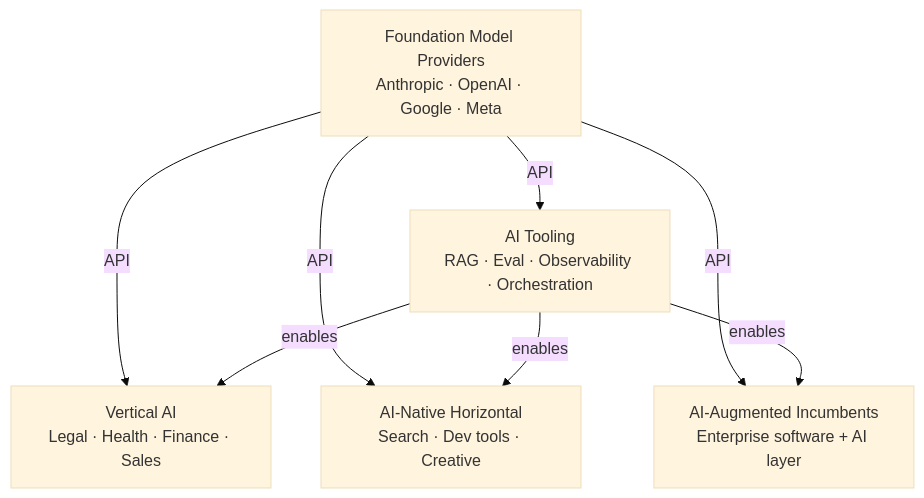
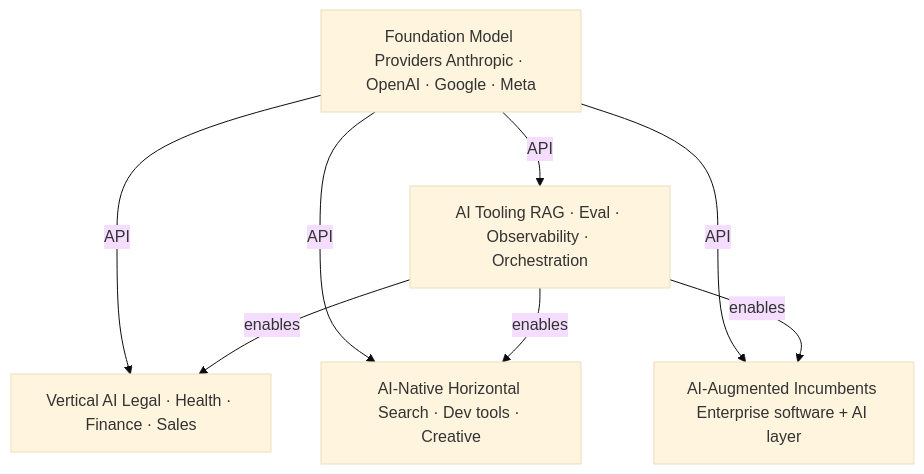
One commit to mjac-yue/ai-architecture-for-pms changed the second of 2 diagrams in module-02-ai-product-landscape.md. Above: the diagram before and after it, drawn with Mermaid (base theme). The commit also changed other lines of this file and 15 other files, not shown here.

First line of the commit message:
Remove HTML tags from Mermaid node labels for Obsidian compatibility

````diff
--- a/module-02-ai-product-landscape.md
+++ b/module-02-ai-product-landscape.md
@@ -184,16 +184,16 @@
 ```mermaid
 flowchart TD
-    FMP["Foundation Model Providers<br>Anthropic · OpenAI · Google · Meta"]
-    T["AI Tooling<br>RAG · Eval · Observability · Orchestration"]
-    V["Vertical AI<br>Legal · Health · Finance · Sales"]
-    H["AI-Native Horizontal<br>Search · Dev tools · Creative"]
-    AI["AI-Augmented Incumbents<br>Enterprise software + AI layer"]
+    FMP["Foundation Model Providers Anthropic · OpenAI · Google · Meta"]
+    T["AI Tooling RAG · Eval · Observability · Orchestration"]
+    V["Vertical AI Legal · Health · Finance · Sales"]
+    H["AI-Native Horizontal Search · Dev tools · Creative"]
+    AI["AI-Augmented Incumbents Enterprise software + AI layer"]
 
     FMP -->|"API"| T
     FMP -->|"API"| V
     FMP -->|"API"| H
     FMP -->|"API"| AI
     T -->|"enables"| V
     T -->|"enables"| H
     T -->|"enables"| AI
 ```
````
